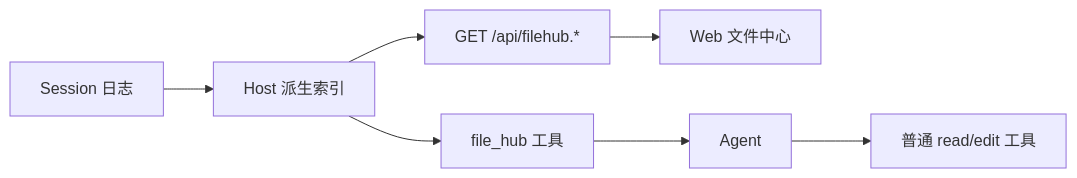
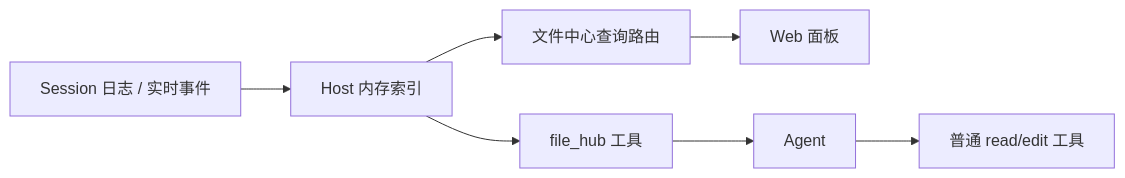
Before and after one commit to 311miaowa/DSH-File-Hub: the diagram in README.md, drawn with Mermaid. The commit also changed other lines of this file, not shown here.

Commit message:
Refine architecture docs and remove UI section

````diff
--- a/README.md
+++ b/README.md
@@ -189,9 +166,9 @@
 ```mermaid
 flowchart LR
-  A[Session 日志] --> B[Host 派生索引]
-  B --> C[GET /api/filehub.*]
-  B --> D[file_hub 工具]
-  C --> E[Web 文件中心]
-  D --> F[Agent]
-  F --> G[普通 read/edit 工具]
+  S[Session 日志 / 实时事件] --> I[Host 内存索引]
+  I --> W[文件中心查询路由]
+  I --> T[file_hub 工具]
+  W --> U[Web 面板]
+  T --> A[Agent]
+  A --> R[普通 read/edit 工具]
 ```
````
